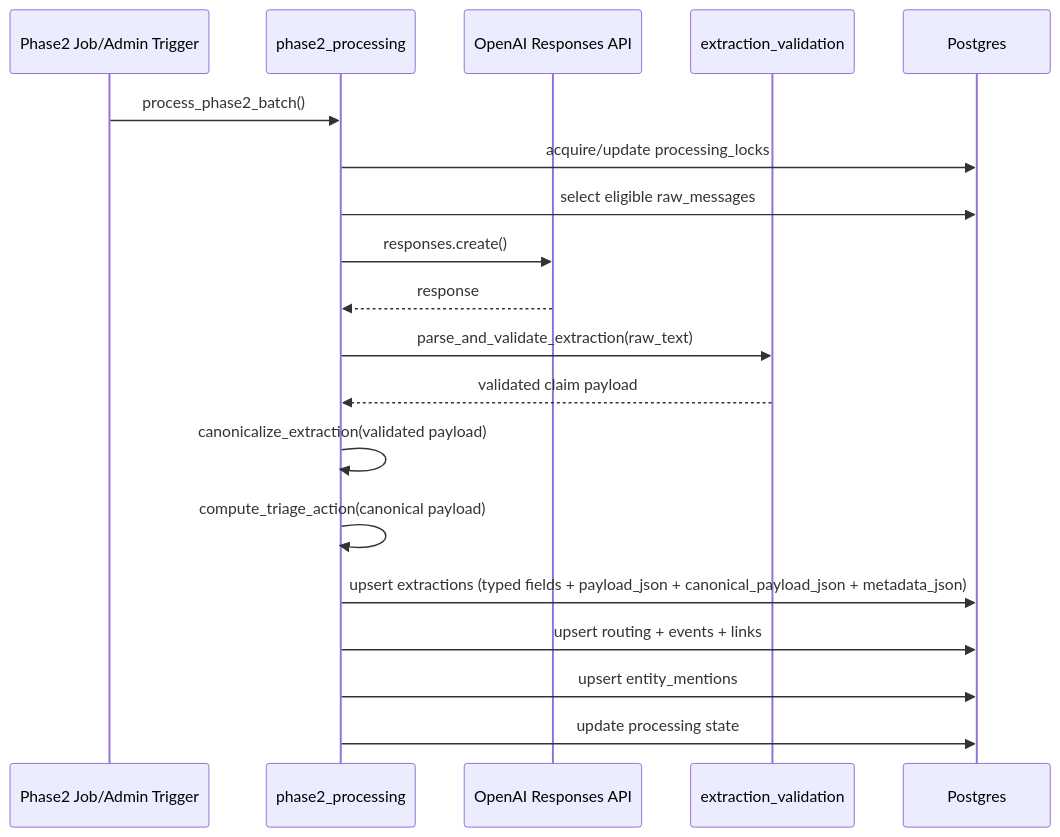
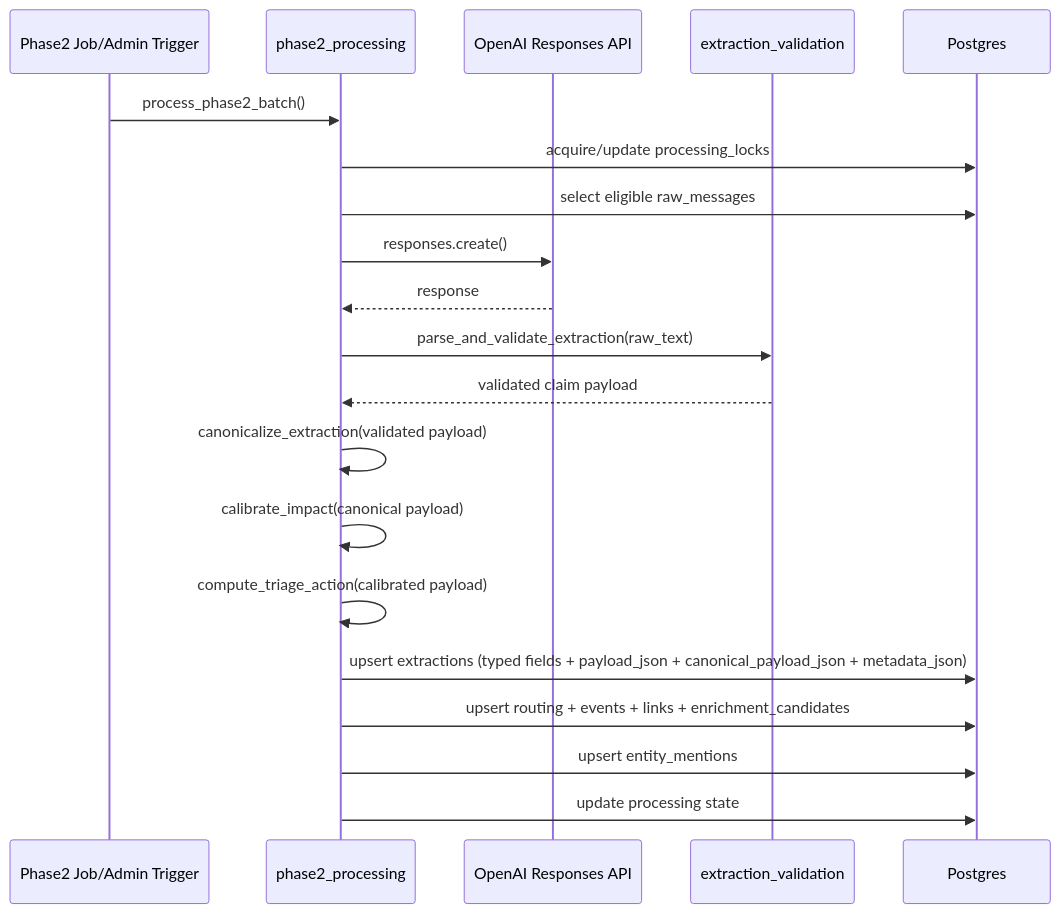
The diagram in docs/02-flows/phase2_extraction_flow.md (ciaranglansford/civic-quant), drawn with Mermaid before and after one commit. The commit also changed other lines of this file and 32 other files, not shown here.

````diff
--- a/docs/02-flows/phase2_extraction_flow.md
+++ b/docs/02-flows/phase2_extraction_flow.md
@@ -92,22 +99,23 @@
 ```mermaid
 sequenceDiagram
   participant J as Phase2 Job/Admin Trigger
   participant P as phase2_processing
   participant O as OpenAI Responses API
   participant V as extraction_validation
   participant DB as Postgres
 
   J->>P: process_phase2_batch()
   P->>DB: acquire/update processing_locks
   P->>DB: select eligible raw_messages
   P->>O: responses.create()
   O-->>P: response
   P->>V: parse_and_validate_extraction(raw_text)
   V-->>P: validated claim payload
   P->>P: canonicalize_extraction(validated payload)
-  P->>P: compute_triage_action(canonical payload)
+  P->>P: calibrate_impact(canonical payload)
+  P->>P: compute_triage_action(calibrated payload)
   P->>DB: upsert extractions (typed fields + payload_json + canonical_payload_json + metadata_json)
-  P->>DB: upsert routing + events + links
+  P->>DB: upsert routing + events + links + enrichment_candidates
   P->>DB: upsert entity_mentions
   P->>DB: update processing state
 ```
````
